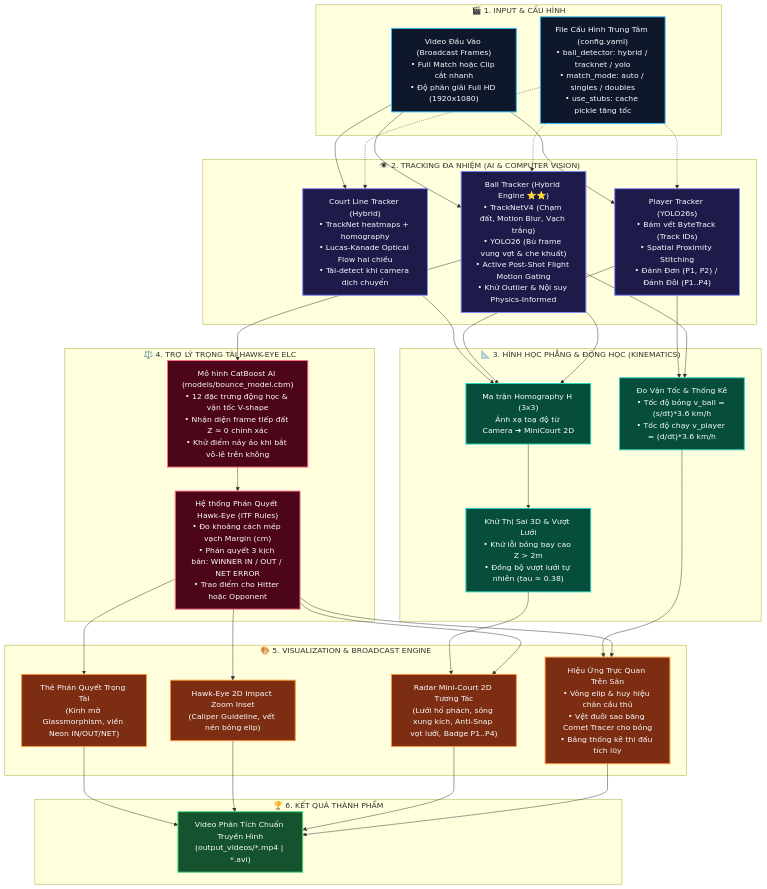
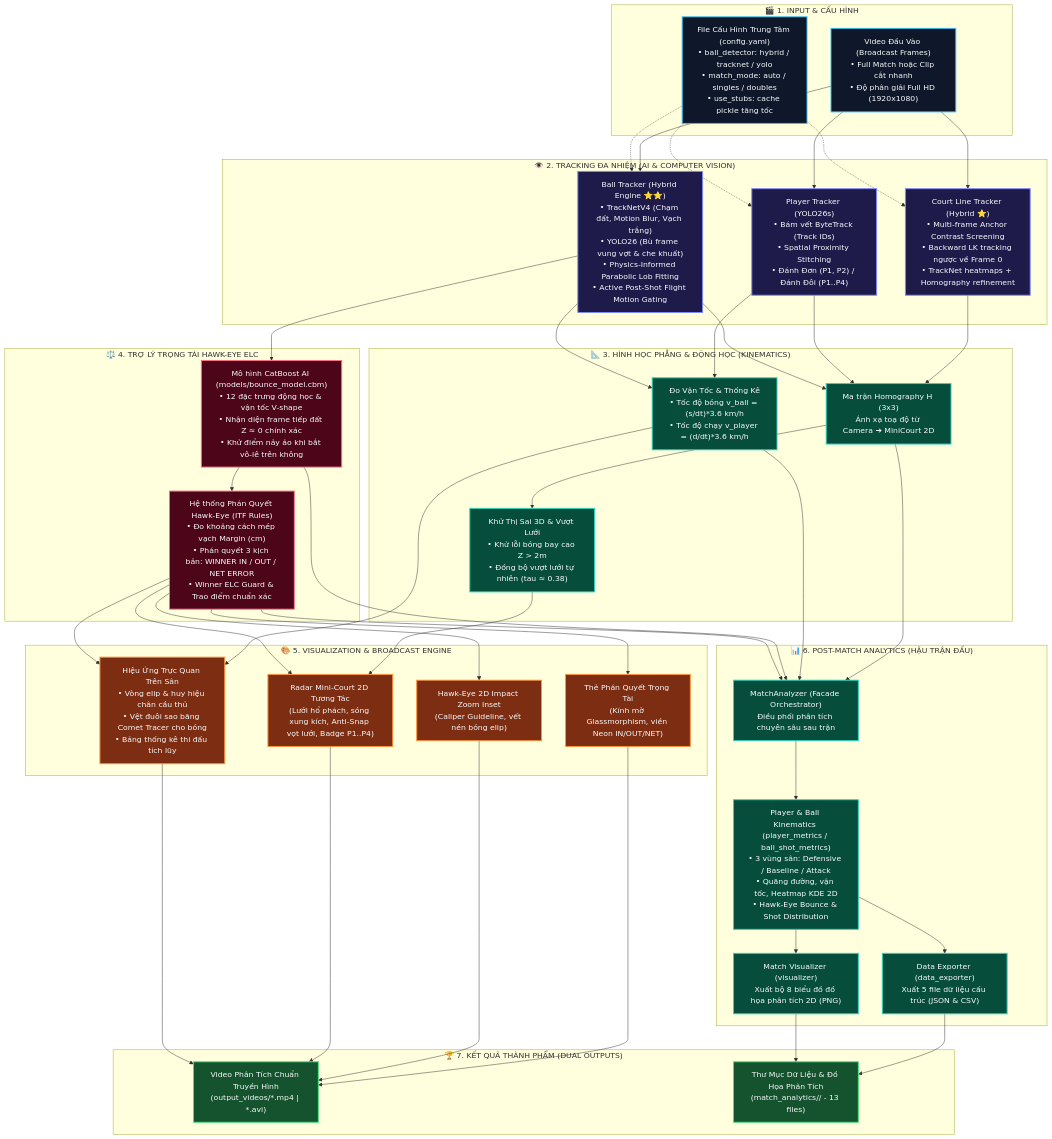
One commit to LongsoftwareAI/tennis_analysis-main changed the diagram in README.md. Above: the diagram before and after it, drawn with Mermaid. The commit also changed other lines of this file and 1 other file, not shown here.

Commit message:
docs: update pipeline flowchart, project structure tree, and configure GitHub Linguist in .gitattributes

````diff
--- a/README.md
+++ b/README.md
@@ -63,59 +63,72 @@
 ```mermaid
 flowchart TD
     %% Class Styles
     classDef inputStyle fill:#0f172a,stroke:#38bdf8,stroke-width:2px,color:#f8fafc;
     classDef visionStyle fill:#1e1b4b,stroke:#818cf8,stroke-width:2px,color:#f8fafc;
     classDef geoStyle fill:#064e3b,stroke:#2dd4bf,stroke-width:2px,color:#f8fafc;
     classDef refStyle fill:#4c0519,stroke:#fb7185,stroke-width:2px,color:#f8fafc;
     classDef drawStyle fill:#7c2d12,stroke:#fb923c,stroke-width:2px,color:#f8fafc;
     classDef outStyle fill:#14532d,stroke:#4ade80,stroke-width:2px,color:#f8fafc;
 
     subgraph IN ["🎬 1. INPUT & CẤU HÌNH"]
         V_IN["Video Đầu Vào (Broadcast Frames)<br/>• Full Match hoặc Clip cắt nhanh<br/>• Độ phân giải Full HD (1920x1080)"]:::inputStyle
         CFG["File Cấu Hình Trung Tâm (config.yaml)<br/>• ball_detector: hybrid / tracknet / yolo<br/>• match_mode: auto / singles / doubles<br/>• use_stubs: cache pickle tăng tốc"]:::inputStyle
     end
 
     subgraph DETECT ["👁️ 2. TRACKING ĐA NHIỆM (AI & COMPUTER VISION)"]
         PT["Player Tracker (YOLO26s)<br/>• Bám vết ByteTrack (Track IDs)<br/>• Spatial Proximity Stitching<br/>• Đánh Đơn (P1, P2) / Đánh Đôi (P1..P4)"]:::visionStyle
-        BT["Ball Tracker (Hybrid Engine ⭐⭐)<br/>• TrackNetV4 (Chạm đất, Motion Blur, Vạch trắng)<br/>• YOLO26 (Bù frame vung vợt & che khuất)<br/>• Active Post-Shot Flight Motion Gating<br/>• Khử Outlier & Nội suy Physics-Informed"]:::visionStyle
-        CT["Court Line Tracker (Hybrid)<br/>• TrackNet heatmaps + homography<br/>• Lucas-Kanade Optical Flow hai chiều<br/>• Tái-detect khi camera dịch chuyển"]:::visionStyle
+        BT["Ball Tracker (Hybrid Engine ⭐⭐)<br/>• TrackNetV4 (Chạm đất, Motion Blur, Vạch trắng)<br/>• YOLO26 (Bù frame vung vợt & che khuất)<br/>• Physics-Informed Parabolic Lob Fitting<br/>• Active Post-Shot Flight Motion Gating"]:::visionStyle
+        CT["Court Line Tracker (Hybrid ⭐)<br/>• Multi-frame Anchor Contrast Screening<br/>• Backward LK tracking ngược về Frame 0<br/>• TrackNet heatmaps + Homography refinement"]:::visionStyle
     end
 
     subgraph GEO ["📐 3. HÌNH HỌC PHẲNG & ĐỘNG HỌC (KINEMATICS)"]
         HOMO["Ma trận Homography H (3x3)<br/>Ánh xạ toạ độ từ Camera ➔ MiniCourt 2D"]:::geoStyle
         PARALLAX["Khử Thị Sai 3D & Vượt Lưới<br/>• Khử lỗi bóng bay cao Z > 2m<br/>• Đồng bộ vượt lưới tự nhiên (tau ≈ 0.38)"]:::geoStyle
         STATS["Đo Vận Tốc & Thống Kê<br/>• Tốc độ bóng v_ball = (s/dt)*3.6 km/h<br/>• Tốc độ chạy v_player = (d/dt)*3.6 km/h"]:::geoStyle
     end
 
     subgraph REF ["⚖️ 4. TRỢ LÝ TRỌNG TÀI HAWK-EYE ELC"]
         BOUNCE["Mô hình CatBoost AI (models/bounce_model.cbm)<br/>• 12 đặc trưng động học & vận tốc V-shape<br/>• Nhận diện frame tiếp đất Z ≈ 0 chính xác<br/>• Khử điểm nảy ảo khi bắt vô-lê trên không"]:::refStyle
-        DECISION["Hệ thống Phán Quyết Hawk-Eye (ITF Rules)<br/>• Đo khoảng cách mép vạch Margin (cm)<br/>• Phán quyết 3 kịch bản: WINNER IN / OUT / NET ERROR<br/>• Trao điểm cho Hitter hoặc Opponent"]:::refStyle
+        DECISION["Hệ thống Phán Quyết Hawk-Eye (ITF Rules)<br/>• Đo khoảng cách mép vạch Margin (cm)<br/>• Phán quyết 3 kịch bản: WINNER IN / OUT / NET ERROR<br/>• Winner ELC Guard & Trao điểm chuẩn xác"]:::refStyle
     end
 
     subgraph RENDER ["🎨 5. VISUALIZATION & BROADCAST ENGINE"]
         CARD["Thẻ Phán Quyết Trọng Tài<br/>(Kính mờ Glassmorphism, viền Neon IN/OUT/NET)"]:::drawStyle
         ZOOM["Hawk-Eye 2D Impact Zoom Inset<br/>(Caliper Guideline, vết nén bóng elip)"]:::drawStyle
         MINI["Radar Mini-Court 2D Tương Tác<br/>(Lưới hổ phách, sóng xung kích, Anti-Snap vọt lưới, Badge P1..P4)"]:::drawStyle
         OVERLAY["Hiệu Ứng Trực Quan Trên Sân<br/>• Vòng elip & huy hiệu chân cầu thủ<br/>• Vệt đuôi sao băng Comet Tracer cho bóng<br/>• Bảng thống kê thi đấu tích lũy"]:::drawStyle
     end
 
-    subgraph OUT ["🏆 6. KẾT QUẢ THÀNH PHẨM"]
+    subgraph ANALYTICS ["📊 6. POST-MATCH ANALYTICS (HẬU TRẬN ĐẤU)"]
+        MA["MatchAnalyzer (Facade Orchestrator)<br/>Điều phối phân tích chuyên sâu sau trận"]:::geoStyle
+        PM["Player & Ball Kinematics (player_metrics / ball_shot_metrics)<br/>• 3 vùng sân: Defensive / Baseline / Attack<br/>• Quãng đường, vận tốc, Heatmap KDE 2D<br/>• Hawk-Eye Bounce & Shot Distribution"]:::geoStyle
+        EXP["Data Exporter (data_exporter)<br/>Xuất 5 file dữ liệu cấu trúc (JSON & CSV)"]:::geoStyle
+        VIZ["Match Visualizer (visualizer)<br/>Xuất bộ 8 biểu đồ đồ họa phân tích 2D (PNG)"]:::geoStyle
+    end
+
+    subgraph OUT ["🏆 7. KẾT QUẢ THÀNH PHẨM (DUAL OUTPUTS)"]
         V_OUT["Video Phân Tích Chuẩn Truyền Hình<br/>(output_videos/*.mp4 | *.avi)"]:::outStyle
+        DATA_OUT["Thư Mục Dữ Liệu & Đồ Họa Phân Tích<br/>(match_analytics/<tên_video>/ - 13 files)"]:::outStyle
     end
 
     V_IN --> PT & BT & CT
     CFG -.-> PT & BT & CT
 
     CT --> HOMO
     PT --> HOMO & STATS
     BT --> HOMO & STATS & BOUNCE
 
     HOMO --> PARALLAX
     PARALLAX --> MINI
     STATS --> OVERLAY
 
     BOUNCE --> DECISION
     DECISION --> CARD & ZOOM & MINI & OVERLAY
 
     CARD & ZOOM & MINI & OVERLAY --> V_OUT
+
+    HOMO & STATS & BOUNCE & DECISION --> MA
+    MA --> PM
+    PM --> EXP & VIZ
+    EXP & VIZ --> DATA_OUT
 ```
````
